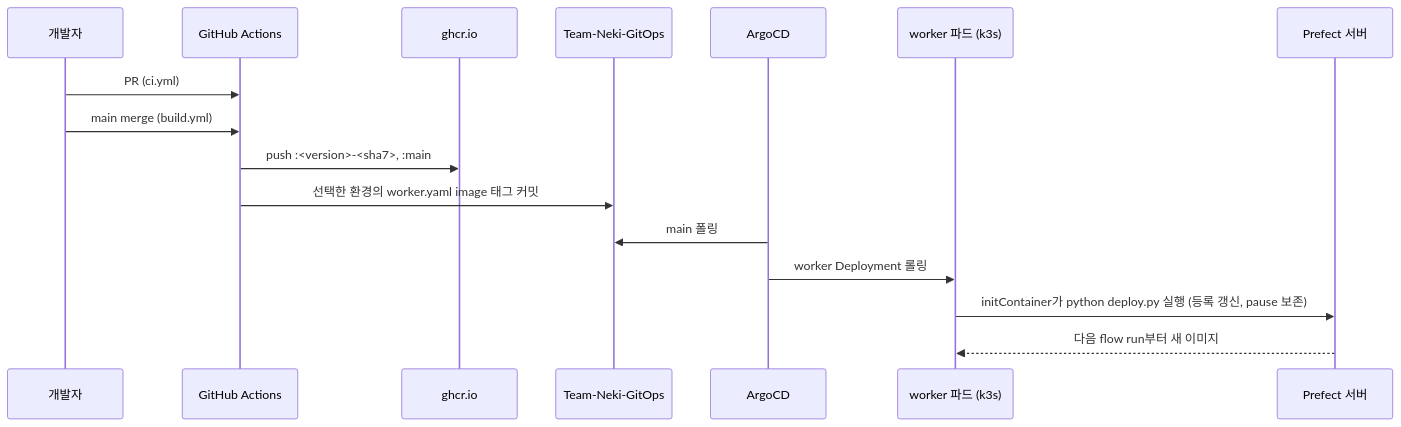
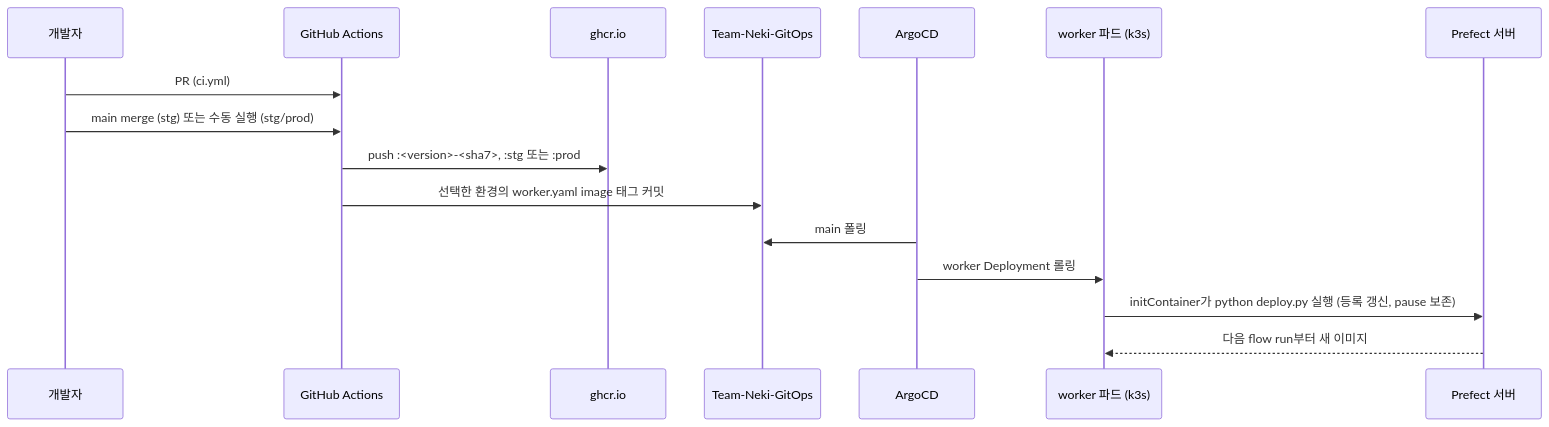
One commit to Team-Neki/Team-Neki-Workflow changed the diagram in docs/runbook.md. Above: the diagram before and after it, drawn with Mermaid. The commit also changed other lines of this file and 3 other files, not shown here.

````diff
--- a/docs/runbook.md
+++ b/docs/runbook.md
@@ -12,19 +12,19 @@
 ```mermaid
 sequenceDiagram
     participant Dev as 개발자
     participant GH as GitHub Actions
     participant GHCR as ghcr.io
     participant GitOps as Team-Neki-GitOps
     participant Argo as ArgoCD
     participant Worker as worker 파드 (k3s)
     participant API as Prefect 서버
 
     Dev->>GH: PR (ci.yml)
-    Dev->>GH: main merge (build.yml)
-    GH->>GHCR: push :<version>-<sha7>, :main
+    Dev->>GH: main merge (stg) 또는 수동 실행 (stg/prod)
+    GH->>GHCR: push :<version>-<sha7>, :stg 또는 :prod
     GH->>GitOps: 선택한 환경의 worker.yaml image 태그 커밋
     Argo->>GitOps: main 폴링
     Argo->>Worker: worker Deployment 롤링
     Worker->>API: initContainer가 python deploy.py 실행 (등록 갱신, pause 보존)
     API-->>Worker: 다음 flow run부터 새 이미지
 ```
````
